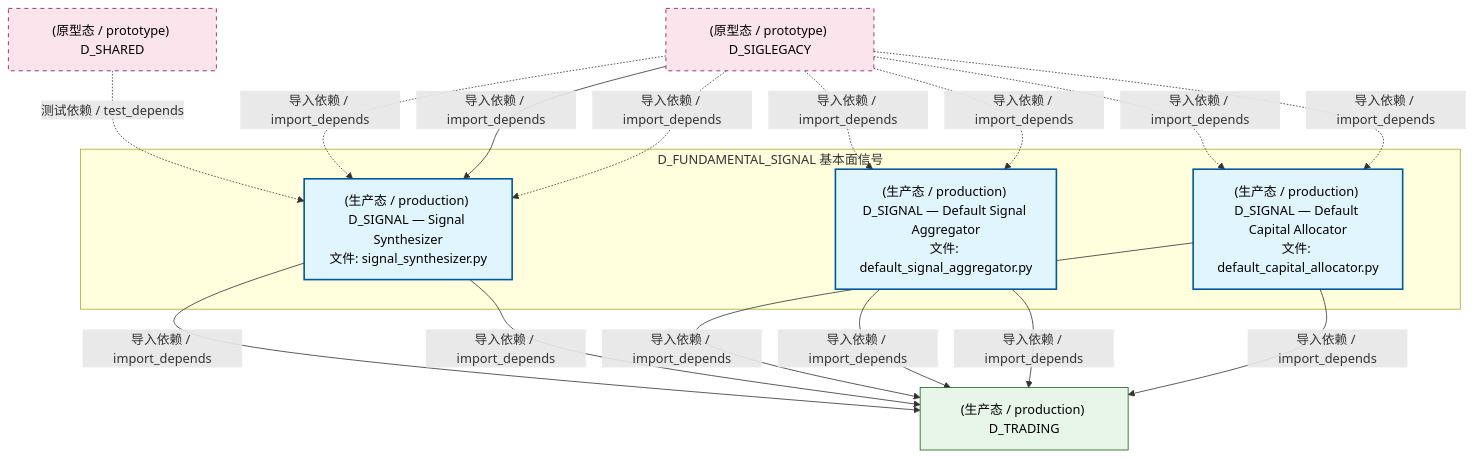
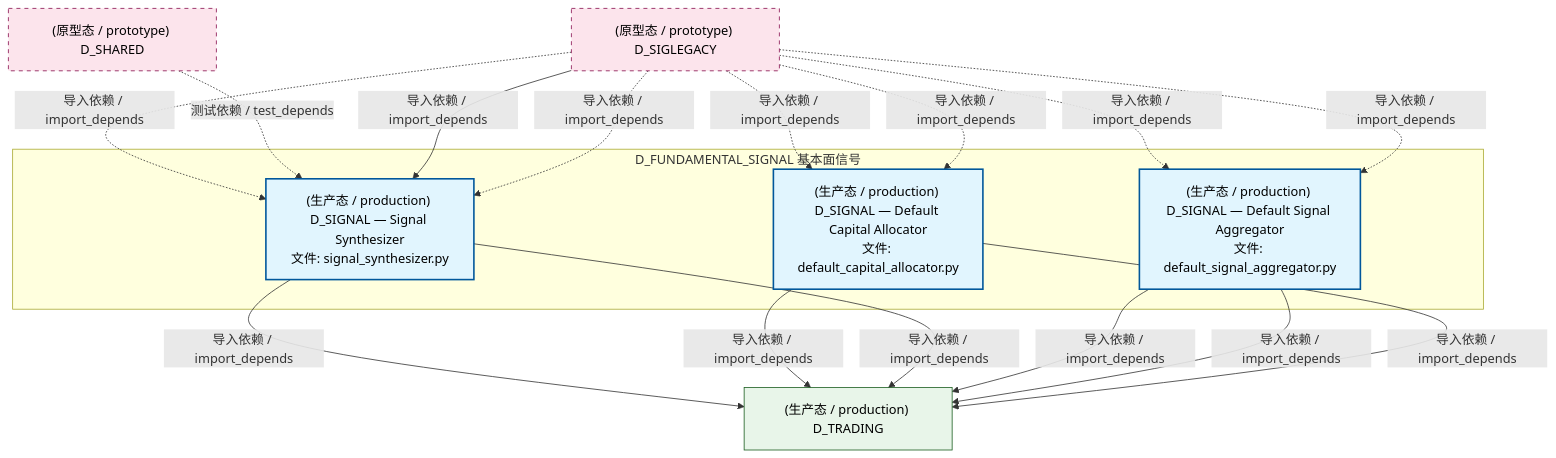
Before and after one commit to xuanFelixVan/ZephyrAlpha: the second of 4 diagrams in docs/02_enterprise_architecture/02_domain_architecture_docs/37_d_fundamental_signal.md, drawn with Mermaid. The commit also changed other lines of this file and 126 other files, not shown here.

````diff
--- a/docs/02_enterprise_architecture/02_domain_architecture_docs/37_d_fundamental_signal.md
+++ b/docs/02_enterprise_architecture/02_domain_architecture_docs/37_d_fundamental_signal.md
@@ -134,32 +134,32 @@
 ```mermaid
 graph TD
     subgraph D_FUNDAMENTAL_SIGNAL["D_FUNDAMENTAL_SIGNAL 基本面信号"]
         src_zephyr_signal_fundamental_gen_implementations_default_signal_aggregator_py["(生产态 / production) D_SIGNAL — Default Signal Aggregator<br/>文件: default_signal_aggregator.py"]
         src_zephyr_signal_fundamental_strategy_implementations_default_capital_allocator_py["(生产态 / production) D_SIGNAL — Default Capital Allocator<br/>文件: default_capital_allocator.py"]
         src_zephyr_signal_fundamental_synth_signal_synthesizer_py["(生产态 / production) D_SIGNAL — Signal Synthesizer<br/>文件: signal_synthesizer.py"]
     end
     D_TRADING["(生产态 / production) D_TRADING"]
     src_zephyr_signal_fundamental_synth_signal_synthesizer_py -->|导入依赖 / import_depends| D_TRADING
+    src_zephyr_signal_fundamental_strategy_implementations_default_capital_allocator_py -->|导入依赖 / import_depends| D_TRADING
     src_zephyr_signal_fundamental_synth_signal_synthesizer_py -->|导入依赖 / import_depends| D_TRADING
-    src_zephyr_signal_fundamental_strategy_implementations_default_capital_allocator_py -->|导入依赖 / import_depends| D_TRADING
     src_zephyr_signal_fundamental_gen_implementations_default_signal_aggregator_py -->|导入依赖 / import_depends| D_TRADING
     src_zephyr_signal_fundamental_gen_implementations_default_signal_aggregator_py -->|导入依赖 / import_depends| D_TRADING
     src_zephyr_signal_fundamental_strategy_implementations_default_capital_allocator_py -->|导入依赖 / import_depends| D_TRADING
     D_SIGLEGACY["(原型态 / prototype) D_SIGLEGACY"]
     D_SIGLEGACY -.->|导入依赖 / import_depends| src_zephyr_signal_fundamental_gen_implementations_default_signal_aggregator_py
     D_SIGLEGACY -.->|导入依赖 / import_depends| src_zephyr_signal_fundamental_gen_implementations_default_signal_aggregator_py
+    D_SIGLEGACY -.->|导入依赖 / import_depends| src_zephyr_signal_fundamental_strategy_implementations_default_capital_allocator_py
+    D_SIGLEGACY -.->|导入依赖 / import_depends| src_zephyr_signal_fundamental_strategy_implementations_default_capital_allocator_py
+    D_SIGLEGACY -.->|导入依赖 / import_depends| src_zephyr_signal_fundamental_synth_signal_synthesizer_py
     D_SHARED["(原型态 / prototype) D_SHARED"]
     D_SHARED -.->|测试依赖 / test_depends| src_zephyr_signal_fundamental_synth_signal_synthesizer_py
-    D_SIGLEGACY -.->|导入依赖 / import_depends| src_zephyr_signal_fundamental_synth_signal_synthesizer_py
     D_SIGLEGACY -->|导入依赖 / import_depends| src_zephyr_signal_fundamental_synth_signal_synthesizer_py
     D_SIGLEGACY -.->|导入依赖 / import_depends| src_zephyr_signal_fundamental_synth_signal_synthesizer_py
-    D_SIGLEGACY -.->|导入依赖 / import_depends| src_zephyr_signal_fundamental_strategy_implementations_default_capital_allocator_py
-    D_SIGLEGACY -.->|导入依赖 / import_depends| src_zephyr_signal_fundamental_strategy_implementations_default_capital_allocator_py
     classDef production fill:#e1f5fe,stroke:#01579b,stroke-width:2px,color:#000
     classDef design fill:#fff3e0,stroke:#e65100,stroke-width:2px,color:#000,stroke-dasharray: 5 5
     classDef external_prod fill:#e8f5e9,stroke:#1b5e20,stroke-width:1px,color:#000
     classDef external_design fill:#fce4ec,stroke:#880e4f,stroke-width:1px,color:#000,stroke-dasharray: 5 5
     class src_zephyr_signal_fundamental_gen_implementations_default_signal_aggregator_py,src_zephyr_signal_fundamental_strategy_implementations_default_capital_allocator_py,src_zephyr_signal_fundamental_synth_signal_synthesizer_py production
     class D_TRADING external_prod
     class D_SIGLEGACY,D_SHARED external_design
 ```
````
